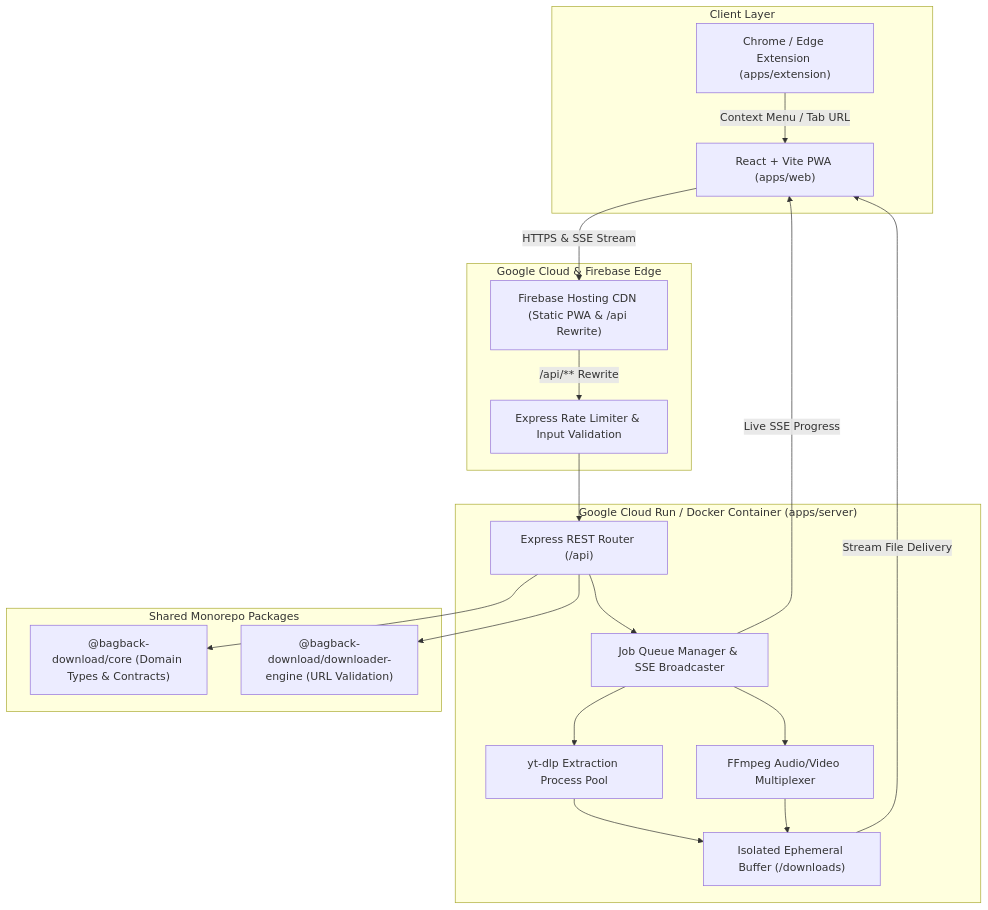
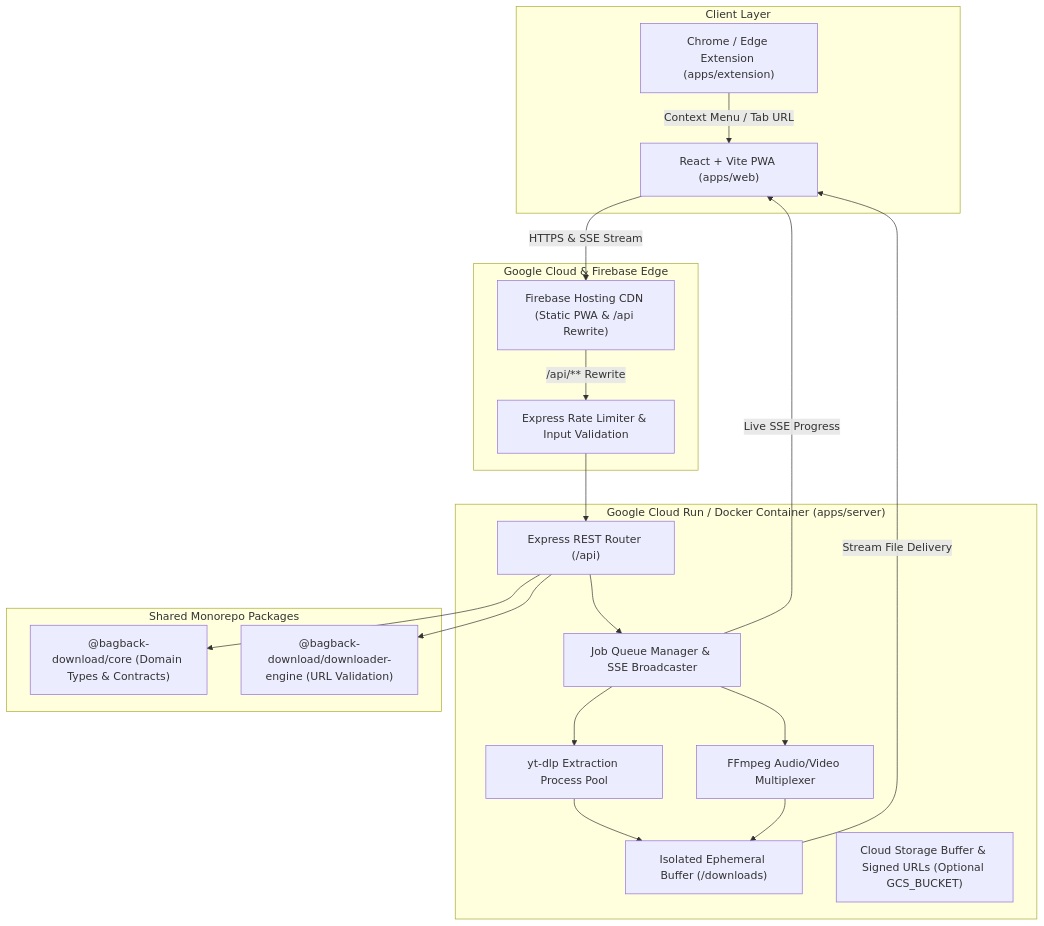
Before and after one commit to mohamedosamaai/bagback-download: the diagram in README.md, drawn with Mermaid. The commit also changed other lines of this file and 7 other files, not shown here.

Commit message:
fix(download): add GCS Signed URL delivery, disk streaming, and no-store headers

````diff
--- a/README.md
+++ b/README.md
@@ -44,39 +44,40 @@
 ```mermaid
 graph TB
     subgraph Client ["Client Layer"]
         Web["React + Vite PWA (apps/web)"]
         Ext["Chrome / Edge Extension (apps/extension)"]
     end
 
     subgraph Edge ["Google Cloud & Firebase Edge"]
         Firebase["Firebase Hosting CDN (Static PWA & /api Rewrite)"]
         RateLimit["Express Rate Limiter & Input Validation"]
     end
 
     subgraph Backend ["Google Cloud Run / Docker Container (apps/server)"]
         Router["Express REST Router (/api)"]
         Queue["Job Queue Manager & SSE Broadcaster"]
         YtDlp["yt-dlp Extraction Process Pool"]
         FFmpeg["FFmpeg Audio/Video Multiplexer"]
         TempDisk["Isolated Ephemeral Buffer (/downloads)"]
+        GCS["Cloud Storage Buffer & Signed URLs (Optional GCS_BUCKET)"]
     end
 
     subgraph Workspaces ["Shared Monorepo Packages"]
         Core["@bagback-download/core (Domain Types & Contracts)"]
         Engine["@bagback-download/downloader-engine (URL Validation)"]
     end
 
     Ext -->|Context Menu / Tab URL| Web
     Web -->|HTTPS & SSE Stream| Firebase
     Firebase -->|/api/** Rewrite| RateLimit
     RateLimit --> Router
     Router --> Queue
     Queue --> YtDlp
     Queue --> FFmpeg
     YtDlp --> TempDisk
     FFmpeg --> TempDisk
     Router --> Core
     Router --> Engine
     TempDisk -->|Stream File Delivery| Web
     Queue -->|Live SSE Progress| Web
 ```
````
